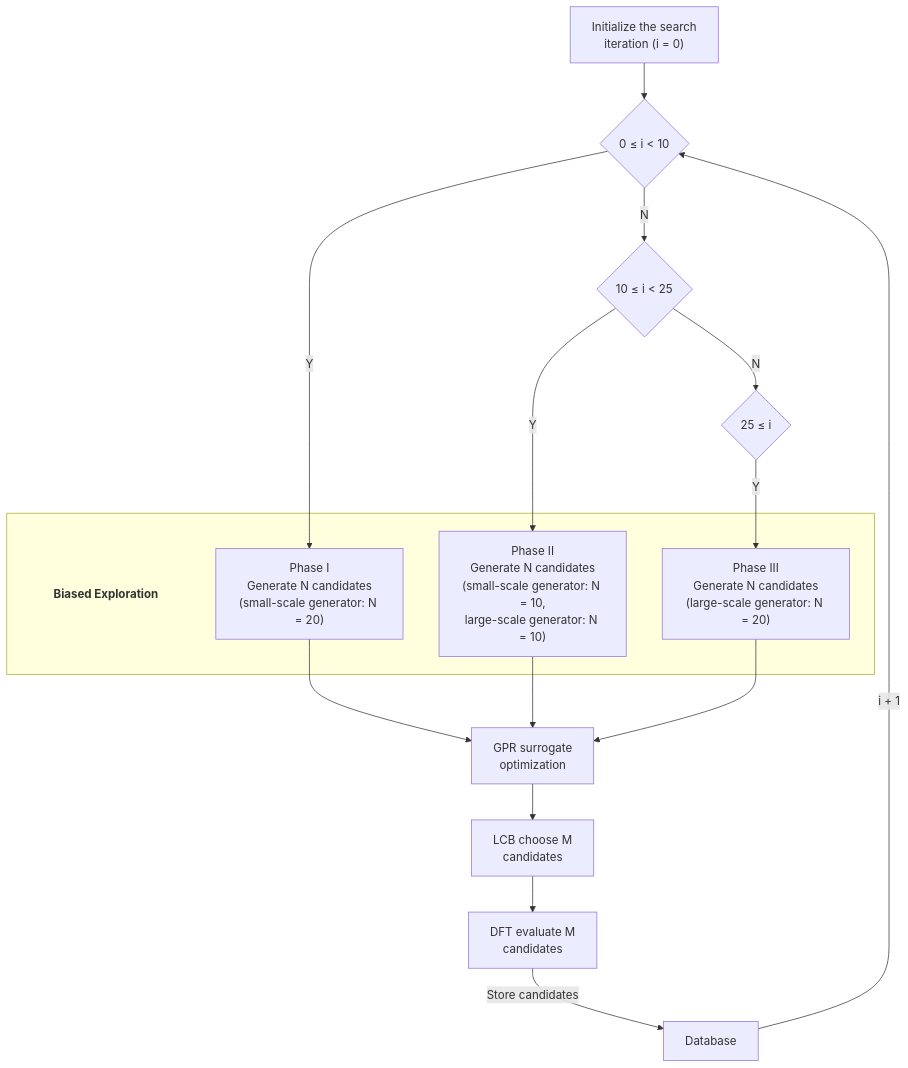
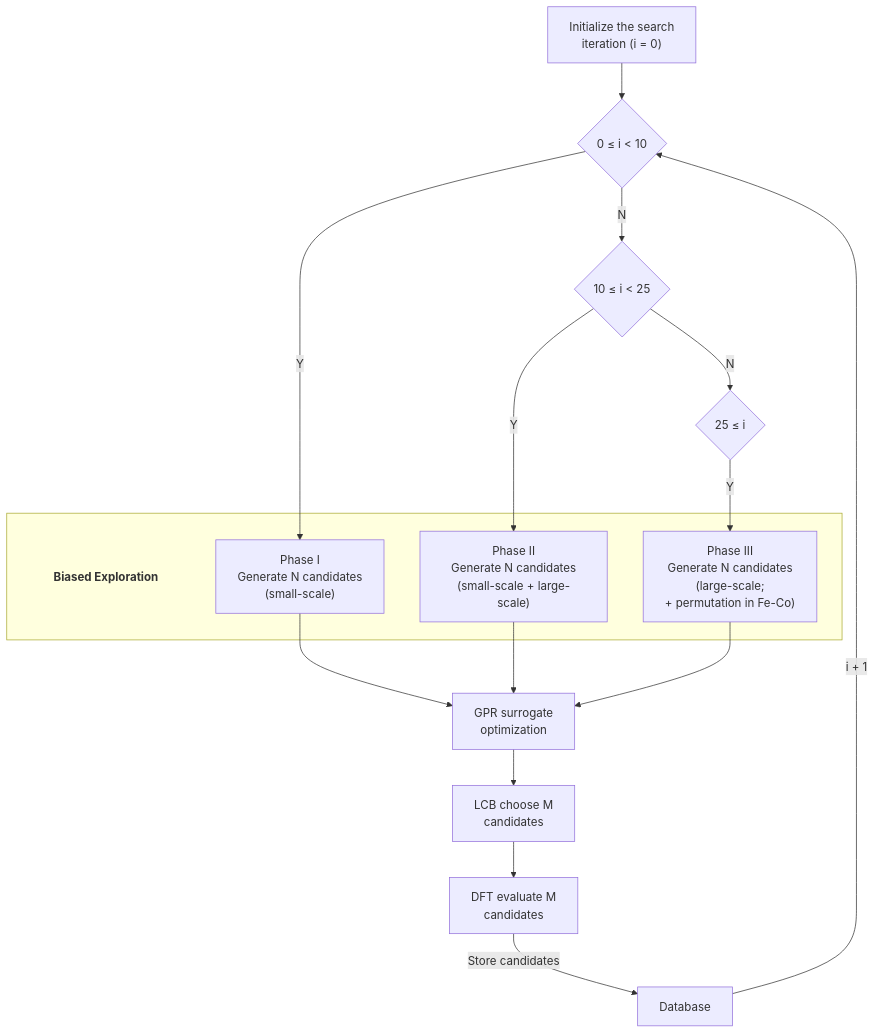
Before and after one commit to andim53/phd_research_v2: the diagram in _paperDemo/sections/01_methods.md, drawn with Mermaid. The commit also changed other lines of this file and 3 other files, not shown here.

````diff
--- a/_paperDemo/sections/01_methods.md
+++ b/_paperDemo/sections/01_methods.md
@@ -46,38 +65,38 @@
 ```mermaid
 flowchart TD
     Init["Initialize the search<br/>iteration (i = 0)"]
     D1{"0 ≤ i < 10"}
     D2{"10 ≤ i < 25"}
     D3{"25 ≤ i"}
 
     subgraph BE [" "]
         BEtitle["Biased Exploration"]
-        P1["Phase I<br/>Generate N candidates<br/>(small-scale generator: N = 20)"]
-        P2["Phase II<br/>Generate N candidates<br/>(small-scale generator: N = 10,<br/>large-scale generator: N = 10)"]
-        P3["Phase III<br/>Generate N candidates<br/>(large-scale generator: N = 20)"]
+        P1["Phase I<br/>Generate N candidates<br/>(small-scale)"]
+        P2["Phase II<br/>Generate N candidates<br/>(small-scale + large-scale)"]
+        P3["Phase III<br/>Generate N candidates<br/>(large-scale;<br/>+ permutation in Fe-Co)"]
     end
 
     class BEtitle titleLabel
     classDef titleLabel fill:none,stroke:none,font-weight:bold
 
     GPR["GPR surrogate<br/>optimization"]
     LCB["LCB choose M<br/>candidates"]
     DFT["DFT evaluate M<br/>candidates"]
     DB["Database"]
 
     Init --> D1
     D1 -->|Y| P1
     D1 -->|N| D2
     D2 -->|Y| P2
     D2 -->|N| D3
     D3 -->|Y| P3
 
     P1 --> GPR
     P2 --> GPR
     P3 --> GPR
 
     GPR --> LCB
     LCB --> DFT
     DFT -->|Store candidates| DB
     DB -->|i + 1| D1
 ```
````
